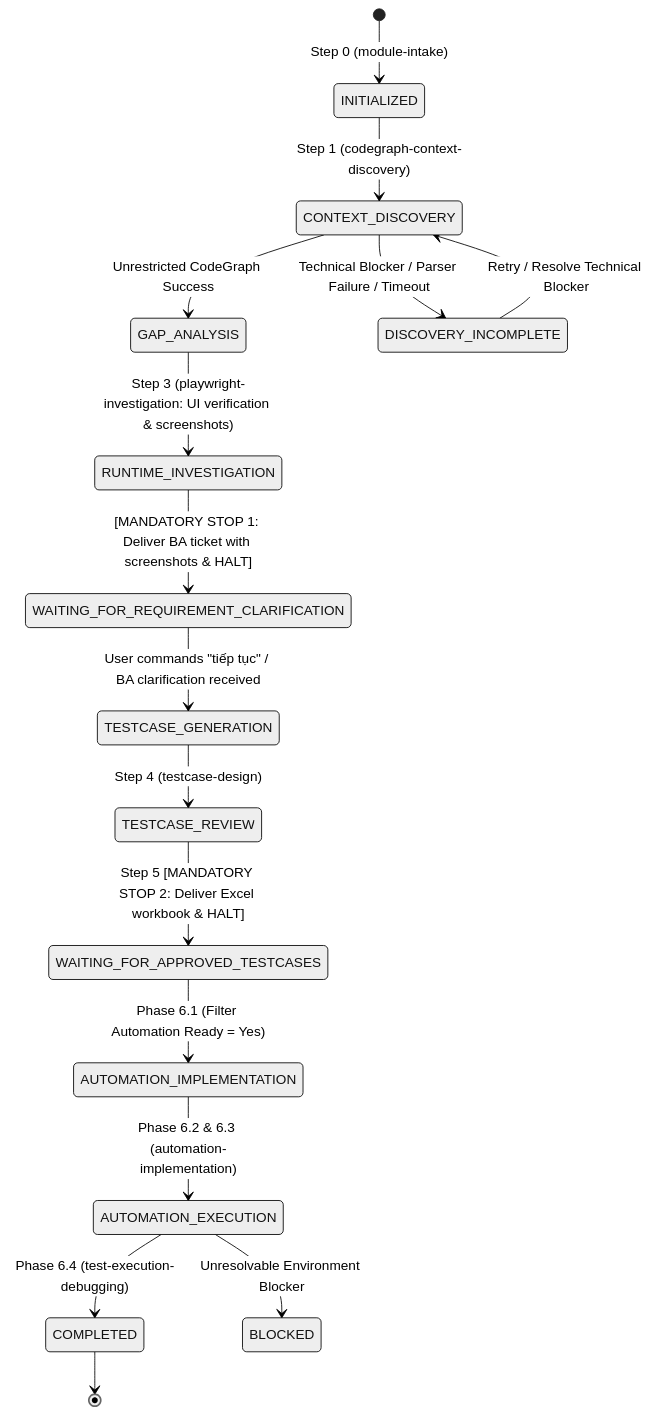
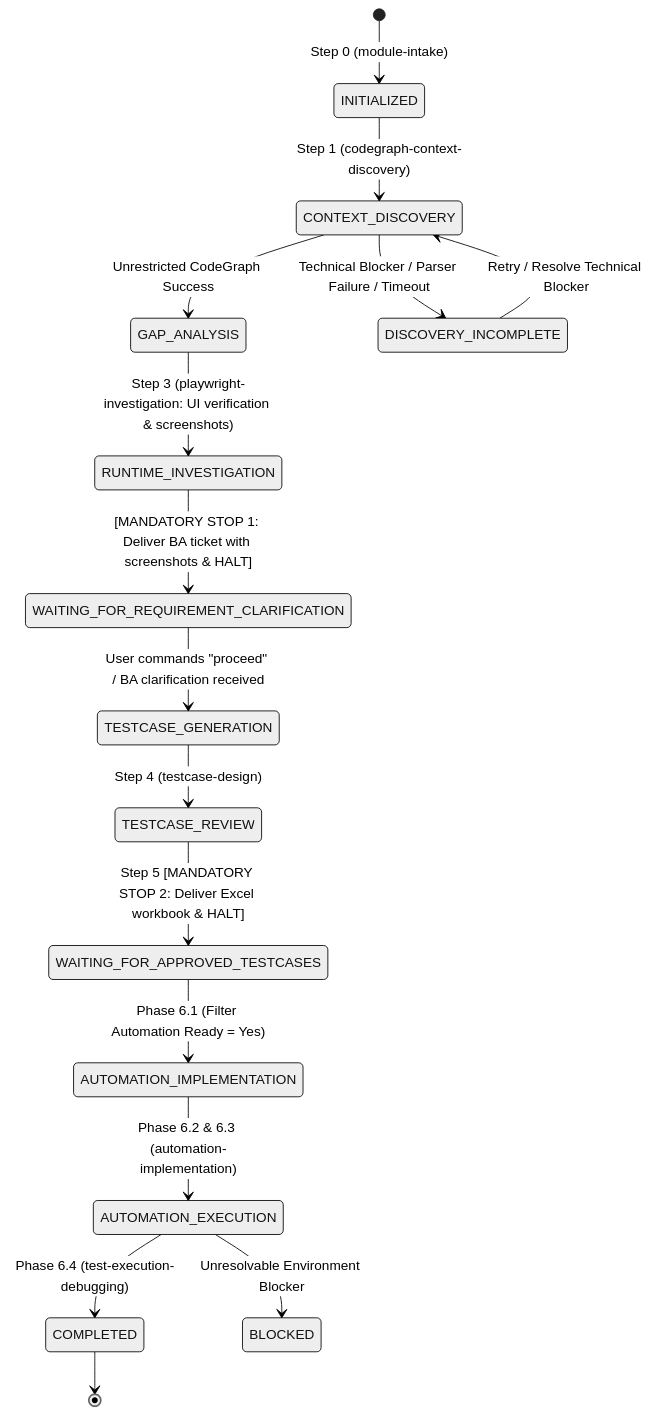
One commit to Dang-nhut-tan/QA-skill changed the diagram in skills/workflow-orchestrator/SKILL.md. Above: the diagram before and after it, drawn with Mermaid (neutral theme). The commit also changed other lines of this file and 12 other files, not shown here.

````diff
--- a/skills/workflow-orchestrator/SKILL.md
+++ b/skills/workflow-orchestrator/SKILL.md
@@ -24,22 +24,22 @@
 ```mermaid
 stateDiagram-v2
     [*] --> INITIALIZED: Step 0 (module-intake)
     INITIALIZED --> CONTEXT_DISCOVERY: Step 1 (codegraph-context-discovery)
     CONTEXT_DISCOVERY --> GAP_ANALYSIS: Unrestricted CodeGraph Success
     CONTEXT_DISCOVERY --> DISCOVERY_INCOMPLETE: Technical Blocker / Parser Failure / Timeout
     DISCOVERY_INCOMPLETE --> CONTEXT_DISCOVERY: Retry / Resolve Technical Blocker
     
     GAP_ANALYSIS --> RUNTIME_INVESTIGATION: Step 3 (playwright-investigation: UI verification & screenshots)
     RUNTIME_INVESTIGATION --> WAITING_FOR_REQUIREMENT_CLARIFICATION: [MANDATORY STOP 1: Deliver BA ticket with screenshots & HALT]
     
-    WAITING_FOR_REQUIREMENT_CLARIFICATION --> TESTCASE_GENERATION: User commands "tiếp tục" / BA clarification received
+    WAITING_FOR_REQUIREMENT_CLARIFICATION --> TESTCASE_GENERATION: User commands "proceed" / BA clarification received
     
     TESTCASE_GENERATION --> TESTCASE_REVIEW: Step 4 (testcase-design)
     TESTCASE_REVIEW --> WAITING_FOR_APPROVED_TESTCASES: Step 5 [MANDATORY STOP 2: Deliver Excel workbook & HALT]
     
     WAITING_FOR_APPROVED_TESTCASES --> AUTOMATION_IMPLEMENTATION: Phase 6.1 (Filter Automation Ready = Yes)
     AUTOMATION_IMPLEMENTATION --> AUTOMATION_EXECUTION: Phase 6.2 & 6.3 (automation-implementation)
     AUTOMATION_EXECUTION --> COMPLETED: Phase 6.4 (test-execution-debugging)
     AUTOMATION_EXECUTION --> BLOCKED: Unresolvable Environment Blocker
     COMPLETED --> [*]
 ```
````
